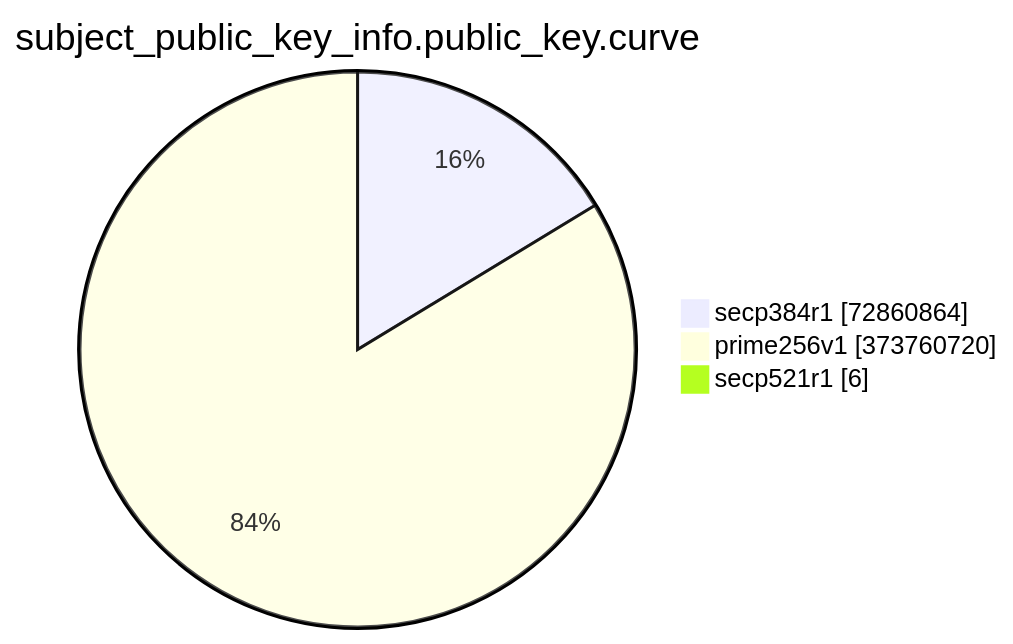
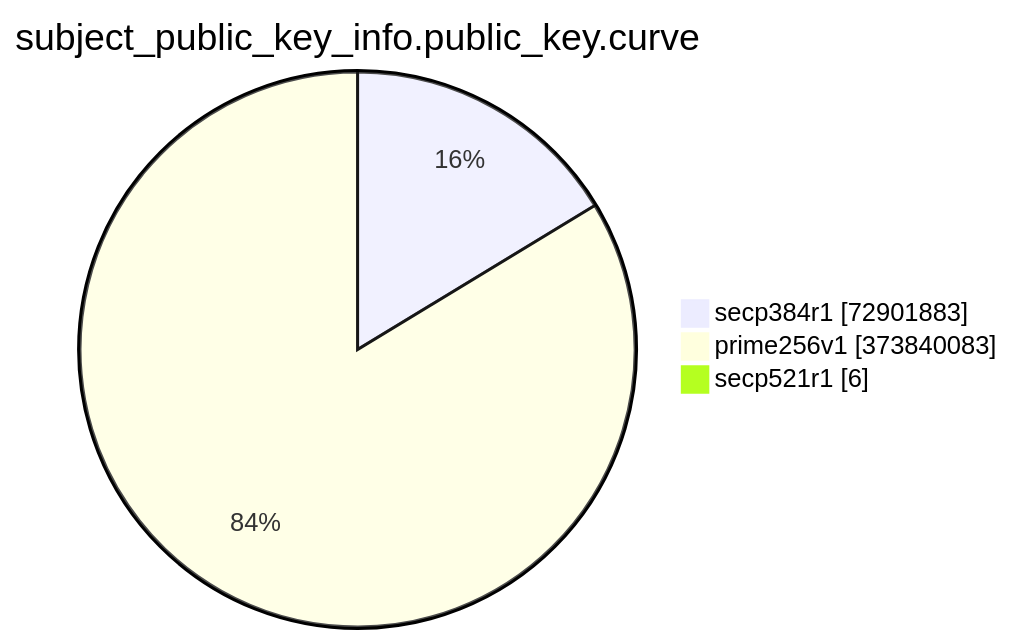
The eighth of 15 diagrams in TOTAL/README.md (christiankrug/ctmonitor_visualization), drawn with Mermaid before and after one commit. The commit also changed other lines of this file, not shown here.

````diff
--- a/TOTAL/README.md
+++ b/TOTAL/README.md
@@ -3092,7 +3092,7 @@
 ```mermaid
 pie showData
 title subject_public_key_info.public_key.curve
-"secp384r1" :72860864
-"prime256v1" :373760720
+"secp384r1" :72901883
+"prime256v1" :373840083
 "secp521r1" :6
 ```
````
